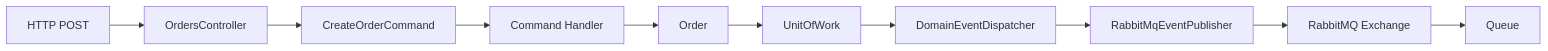
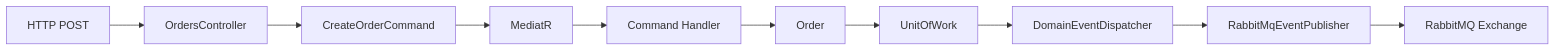
Before and after one commit to MarcosMj2rs/OrderFlow: the third of 9 diagrams in docs/diagrams/Arquitetura-Geral.md, drawn with Mermaid. The commit also changed other lines of this file, not shown here.

Commit message:
docs(architecture): restructure architecture guide and update messaging diagrams

````diff
--- a/docs/diagrams/Arquitetura-Geral.md
+++ b/docs/diagrams/Arquitetura-Geral.md
@@ -348,14 +116,14 @@
 ```mermaid
 flowchart LR
 
 A[HTTP POST]
 --> B[OrdersController]
 --> C[CreateOrderCommand]
---> D[Command Handler]
---> E[Order]
---> F[UnitOfWork]
---> G[DomainEventDispatcher]
---> H[RabbitMqEventPublisher]
---> I[RabbitMQ Exchange]
---> J[Queue]
+--> D[MediatR]
+--> E[Command Handler]
+--> F[Order]
+--> G[UnitOfWork]
+--> H[DomainEventDispatcher]
+--> I[RabbitMqEventPublisher]
+--> J[RabbitMQ Exchange]
 ```
````
